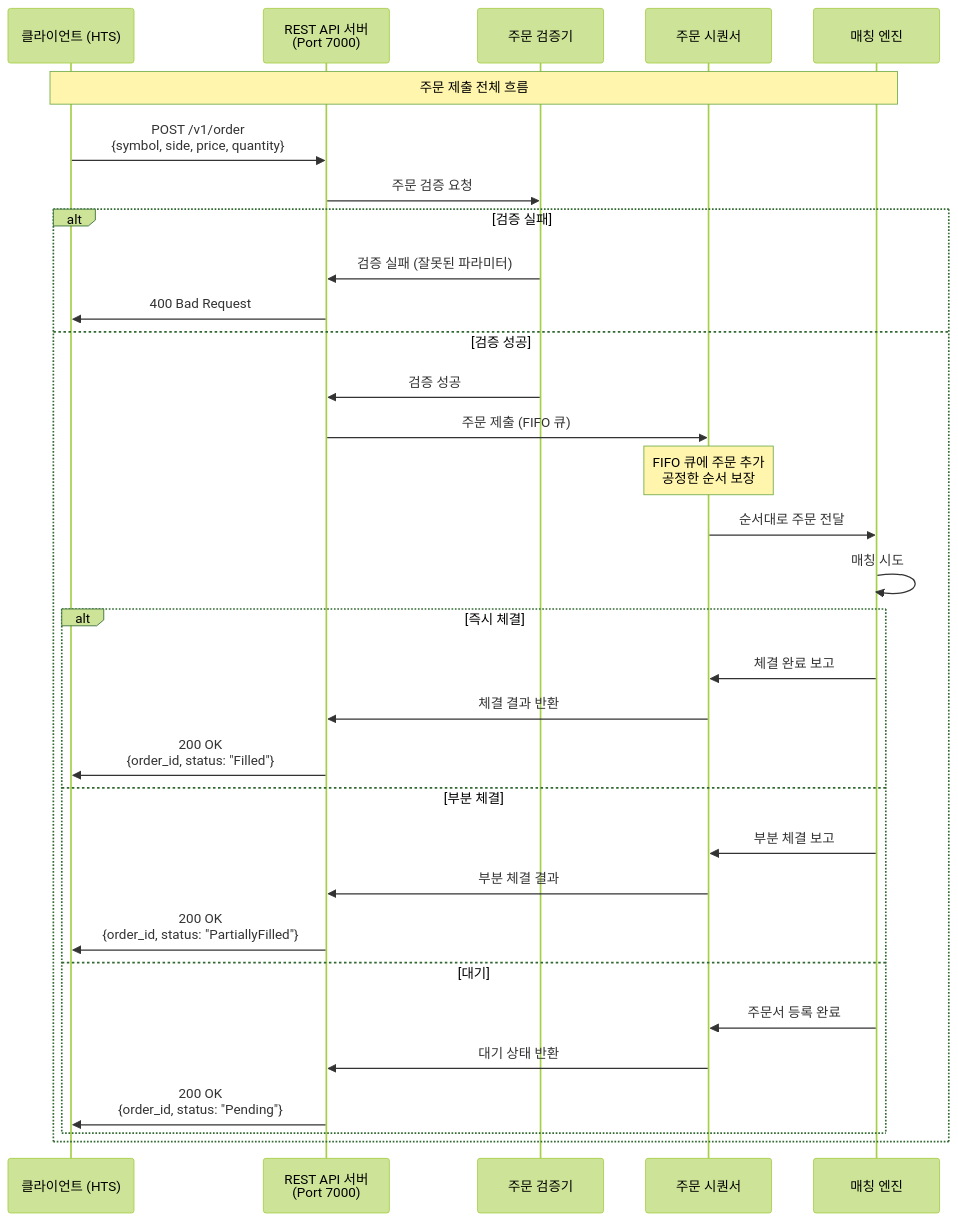
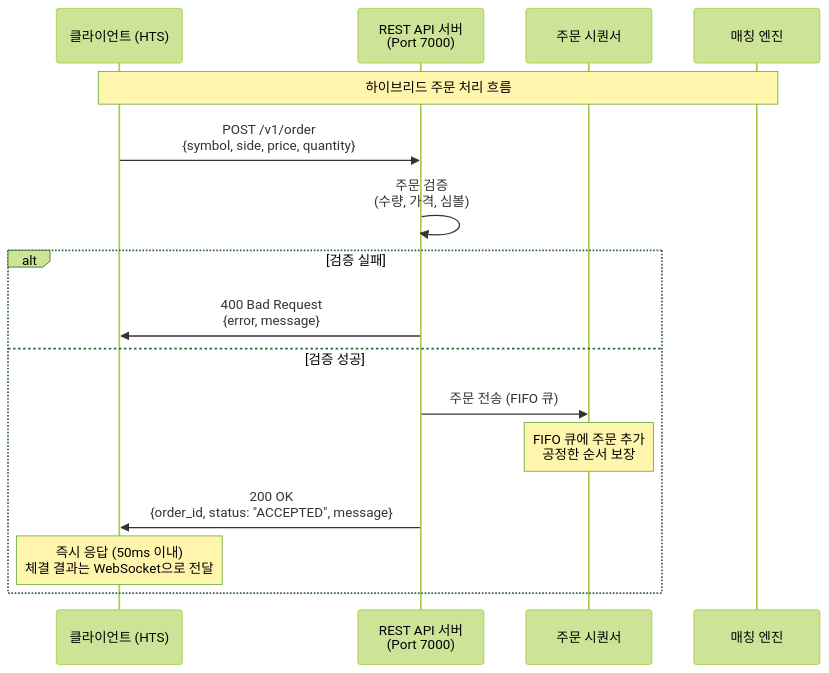
Before and after one commit to blockbit-hama/xTrader: the first of 10 diagrams in docs/flow.md, drawn with Mermaid (forest theme). The commit also changed other lines of this file and 6 other files, not shown here.

First line of the commit message:
feat: 하이브리드 주문 처리 방식 구현 및 WebSocket 알림 중복 제거

````diff
--- a/docs/flow.md
+++ b/docs/flow.md
@@ -30,42 +31,23 @@
 ```mermaid
 sequenceDiagram
     participant Client as 클라이언트 (HTS)
     participant API as REST API 서버<br/>(Port 7000)
-    participant Validator as 주문 검증기
     participant Sequencer as 주문 시퀀서
     participant Engine as 매칭 엔진
 
-    Note over Client,Engine: 주문 제출 전체 흐름
+    Note over Client,Engine: 하이브리드 주문 처리 흐름
 
     Client->>API: POST /v1/order<br/>{symbol, side, price, quantity}
 
-    API->>Validator: 주문 검증 요청
+    API->>API: 주문 검증<br/>(수량, 가격, 심볼)
 
     alt 검증 실패
-        Validator->>API: 검증 실패 (잘못된 파라미터)
-        API->>Client: 400 Bad Request
+        API->>Client: 400 Bad Request<br/>{error, message}
     else 검증 성공
-        Validator->>API: 검증 성공
-
-        API->>Sequencer: 주문 제출 (FIFO 큐)
+        API->>Sequencer: 주문 전송 (FIFO 큐)
         Note over Sequencer: FIFO 큐에 주문 추가<br/>공정한 순서 보장
-
-        Sequencer->>Engine: 순서대로 주문 전달
-
-        Engine->>Engine: 매칭 시도
-
-        alt 즉시 체결
-            Engine->>Sequencer: 체결 완료 보고
-            Sequencer->>API: 체결 결과 반환
-            API->>Client: 200 OK<br/>{order_id, status: "Filled"}
-        else 부분 체결
-            Engine->>Sequencer: 부분 체결 보고
-            Sequencer->>API: 부분 체결 결과
-            API->>Client: 200 OK<br/>{order_id, status: "PartiallyFilled"}
-        else 대기
-            Engine->>Sequencer: 주문서 등록 완료
-            Sequencer->>API: 대기 상태 반환
-            API->>Client: 200 OK<br/>{order_id, status: "Pending"}
-        end
+        
+        API->>Client: 200 OK<br/>{order_id, status: "ACCEPTED", message}
+        Note over Client: 즉시 응답 (50ms 이내)<br/>체결 결과는 WebSocket으로 전달
     end
 ```
````
